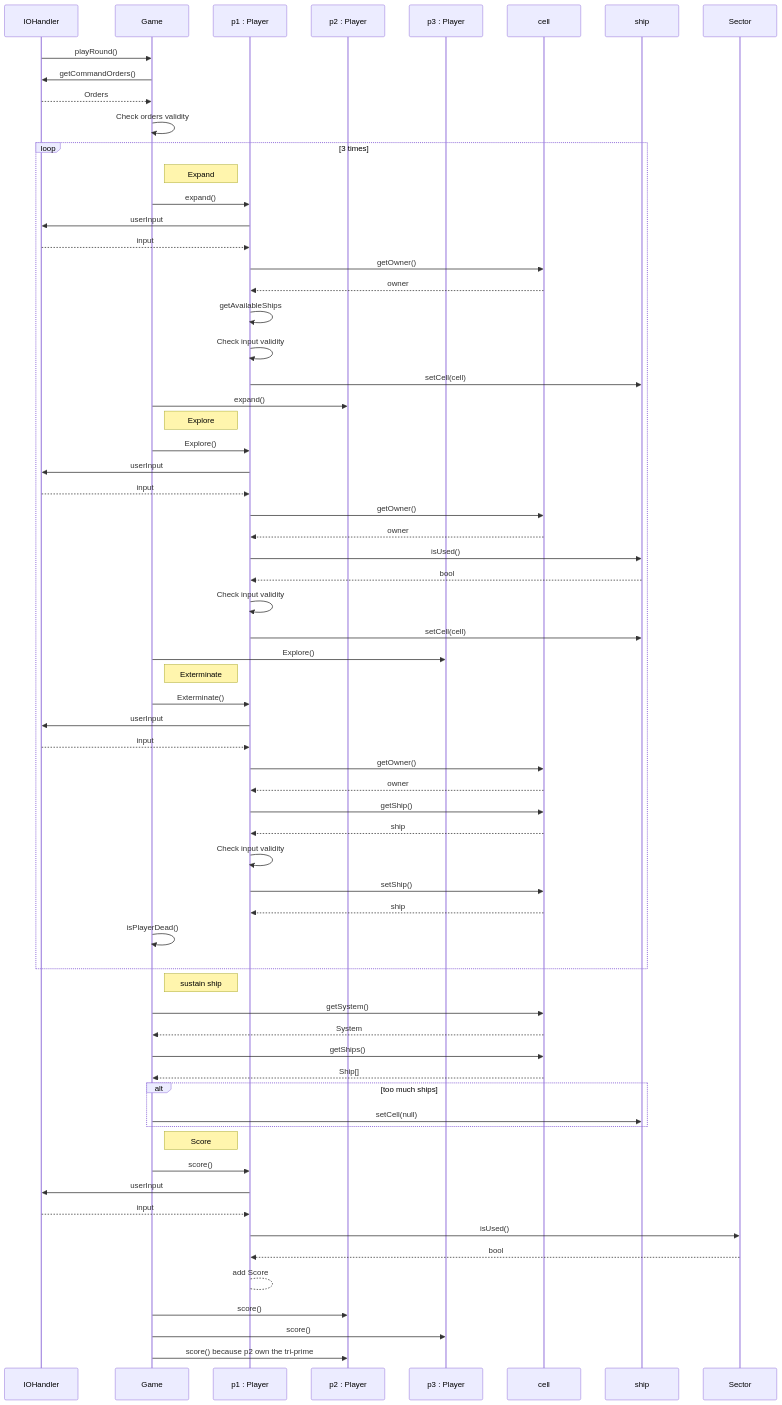
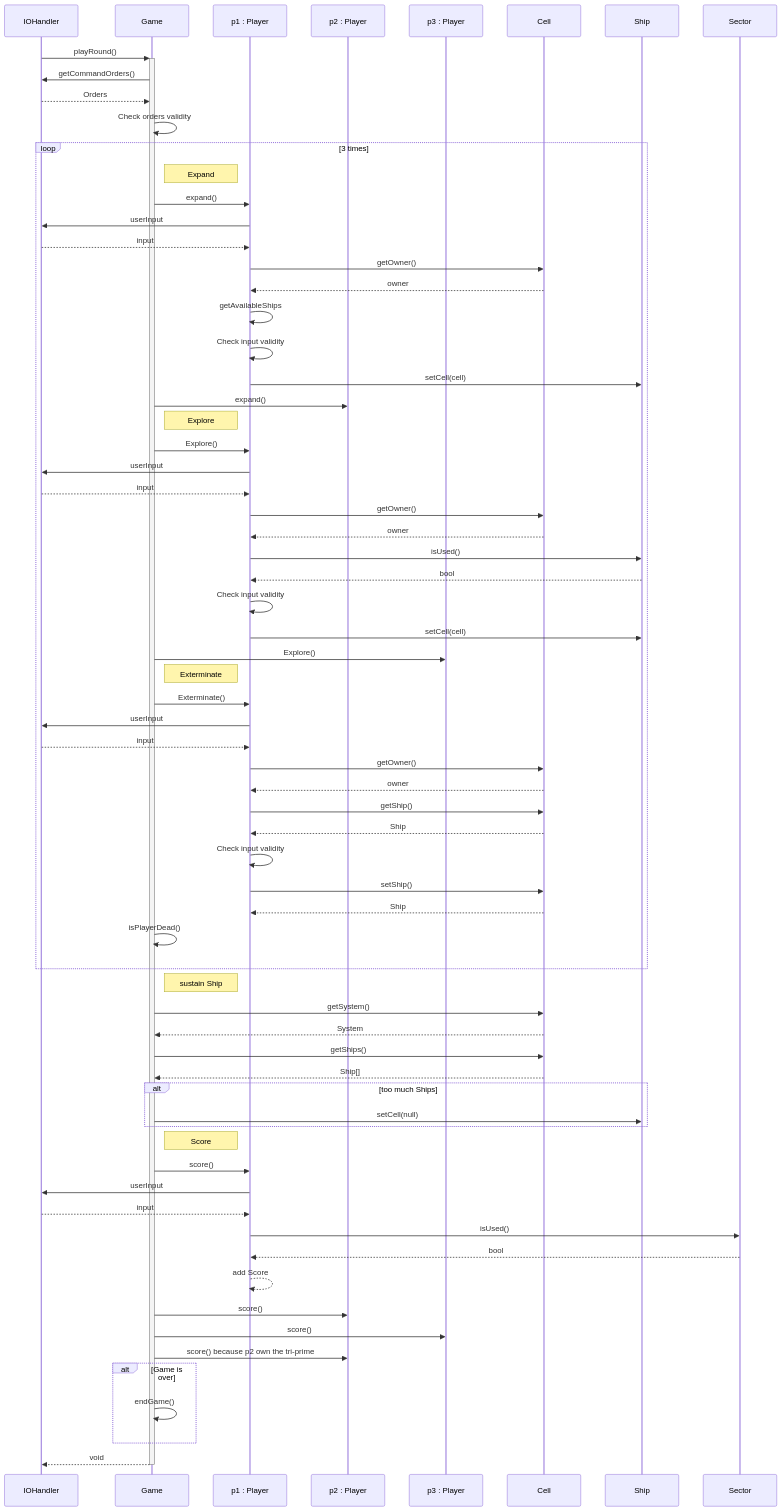
One commit to LeoCholvy/PocketImperium changed the diagram in UML/new_sequence.mermaid. Above: the diagram before and after it, drawn with Mermaid. The commit also changed 4 other files, not shown here.

```diff
--- a/UML/new_sequence.mermaid
+++ b/UML/new_sequence.mermaid
@@ -1,67 +1,72 @@
 sequenceDiagram
     participant IO as IOHandler
     participant Game
     participant p1 as p1 : Player
     participant p2 as p2 : Player
     participant p3 as p3 : Player
 
-    IO  ->> Game : playRound()
+    IO  ->>+ Game : playRound()
     Game ->> IO : getCommandOrders()
     IO -->> Game : Orders
     Game ->> Game : Check orders validity
 
     loop 3 times
         note right of Game: Expand
         Game ->> p1: expand()
         p1 ->> IO : userInput
         IO -->> p1 : input
-        p1 ->> cell : getOwner()
-        cell -->> p1 : owner
+        p1 ->> Cell : getOwner()
+        Cell -->> p1 : owner
         p1 ->> p1 : getAvailableShips
         p1 ->> p1 : Check input validity
-        p1 ->> ship: setCell(cell)
+        p1 ->> Ship: setCell(cell)
         Game ->> p2: expand()
         note right of Game: Explore
         Game ->> p1 : Explore()
         p1 ->> IO : userInput
         IO -->> p1 : input
-        p1 ->> cell : getOwner()
-        cell -->> p1 : owner
-        p1 ->> ship: isUsed()
-        ship -->> p1: bool
+        p1 ->> Cell : getOwner()
+        Cell -->> p1 : owner
+        p1 ->> Ship: isUsed()
+        Ship -->> p1: bool
         p1 ->> p1 : Check input validity
-        p1 ->> ship: setCell(cell)
+        p1 ->> Ship: setCell(cell)
         Game ->> p3: Explore()
         note right of Game: Exterminate
         Game ->> p1 : Exterminate()
         p1 ->> IO : userInput
         IO -->> p1 : input
-        p1 ->> cell : getOwner()
-        cell -->> p1 : owner
-        p1 ->> cell: getShip()
-        cell -->> p1: ship
+        p1 ->> Cell : getOwner()
+        Cell -->> p1 : owner
+        p1 ->> Cell: getShip()
+        Cell -->> p1: Ship
         p1 ->> p1 : Check input validity
-        p1 ->> cell: setShip()
-        cell -->> p1: ship
+        p1 ->> Cell: setShip()
+        Cell -->> p1: Ship
         Game ->> Game: isPlayerDead()
     end
 
-    note right of Game : sustain ship
-    Game ->> cell: getSystem()
-    cell -->> Game : System
-    Game ->> cell: getShips()
-    cell -->> Game : Ship[]
-    alt too much ships
-        Game ->> ship: setCell(null)
+    note right of Game : sustain Ship
+    Game ->> Cell: getSystem()
+    Cell -->> Game : System
+    Game ->> Cell: getShips()
+    Cell -->> Game : Ship[]
+    alt too much Ships
+        Game ->> Ship: setCell(null)
     end
 
     note right of Game : Score
     Game ->> p1 : score()
     p1 ->> IO : userInput
     IO -->> p1 : input
     p1 ->> Sector : isUsed()
     Sector -->> p1 : bool
-    p1 --> p1: add Score
+    p1 -->> p1: add Score
     Game ->> p2 : score()
     Game ->> p3 : score()
     Game ->> p2 : score() because p2 own the tri-prime
+
+    alt Game is over
+        Game ->> Game : endGame()
+    end
+    Game -->>- IO : void
```
